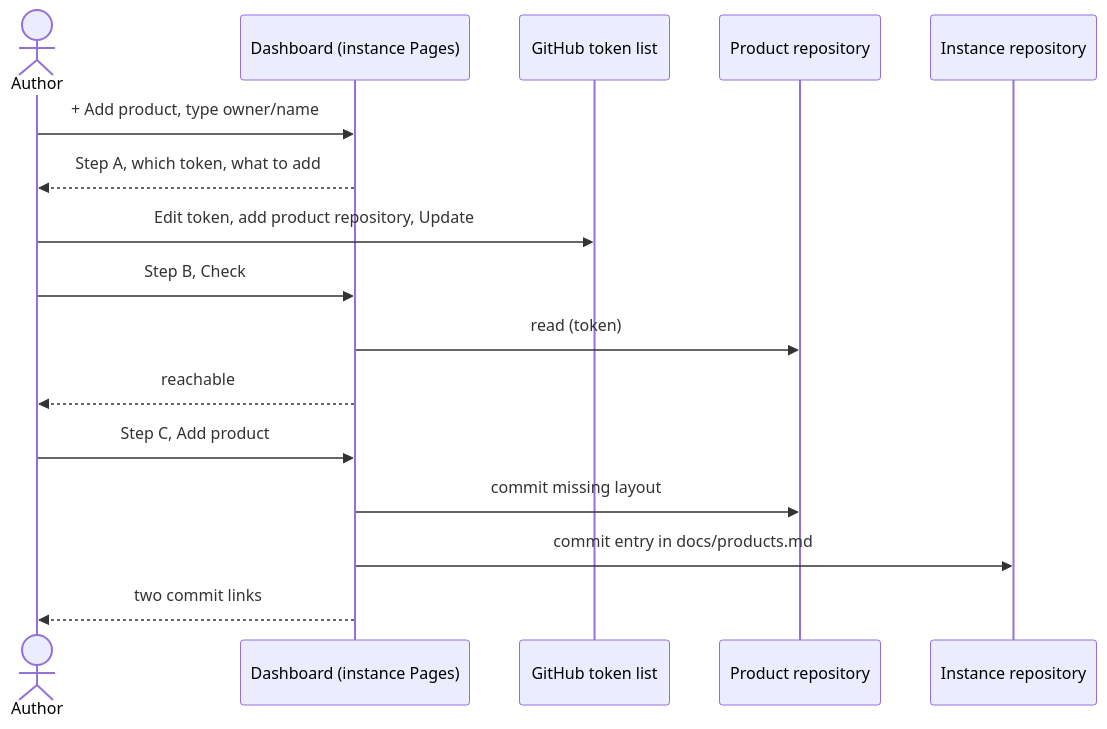
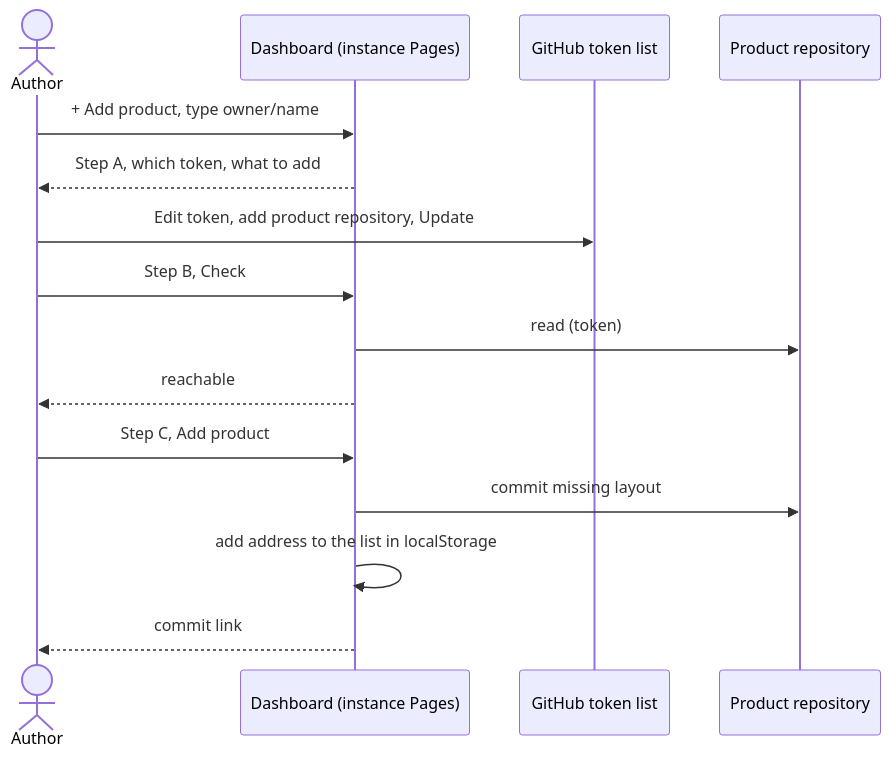
The diagram in docs/use-cases/UC-001-add-a-managed-product.md (akmaier/agent-m), drawn with Mermaid before and after one commit. The commit also changed other lines of this file and 6 other files, not shown here.

````diff
--- a/docs/use-cases/UC-001-add-a-managed-product.md
+++ b/docs/use-cases/UC-001-add-a-managed-product.md
@@ -77,18 +80,17 @@
 ```mermaid
 sequenceDiagram
     actor A as Author
     participant D as Dashboard (instance Pages)
     participant G as GitHub token list
     participant P as Product repository
-    participant I as Instance repository
     A->>D: + Add product, type owner/name
     D-->>A: Step A, which token, what to add
     A->>G: Edit token, add product repository, Update
     A->>D: Step B, Check
     D->>P: read (token)
     D-->>A: reachable
     A->>D: Step C, Add product
     D->>P: commit missing layout
-    D->>I: commit entry in docs/products.md
-    D-->>A: two commit links
+    D->>D: add address to the list in localStorage
+    D-->>A: commit link
 ```
````
